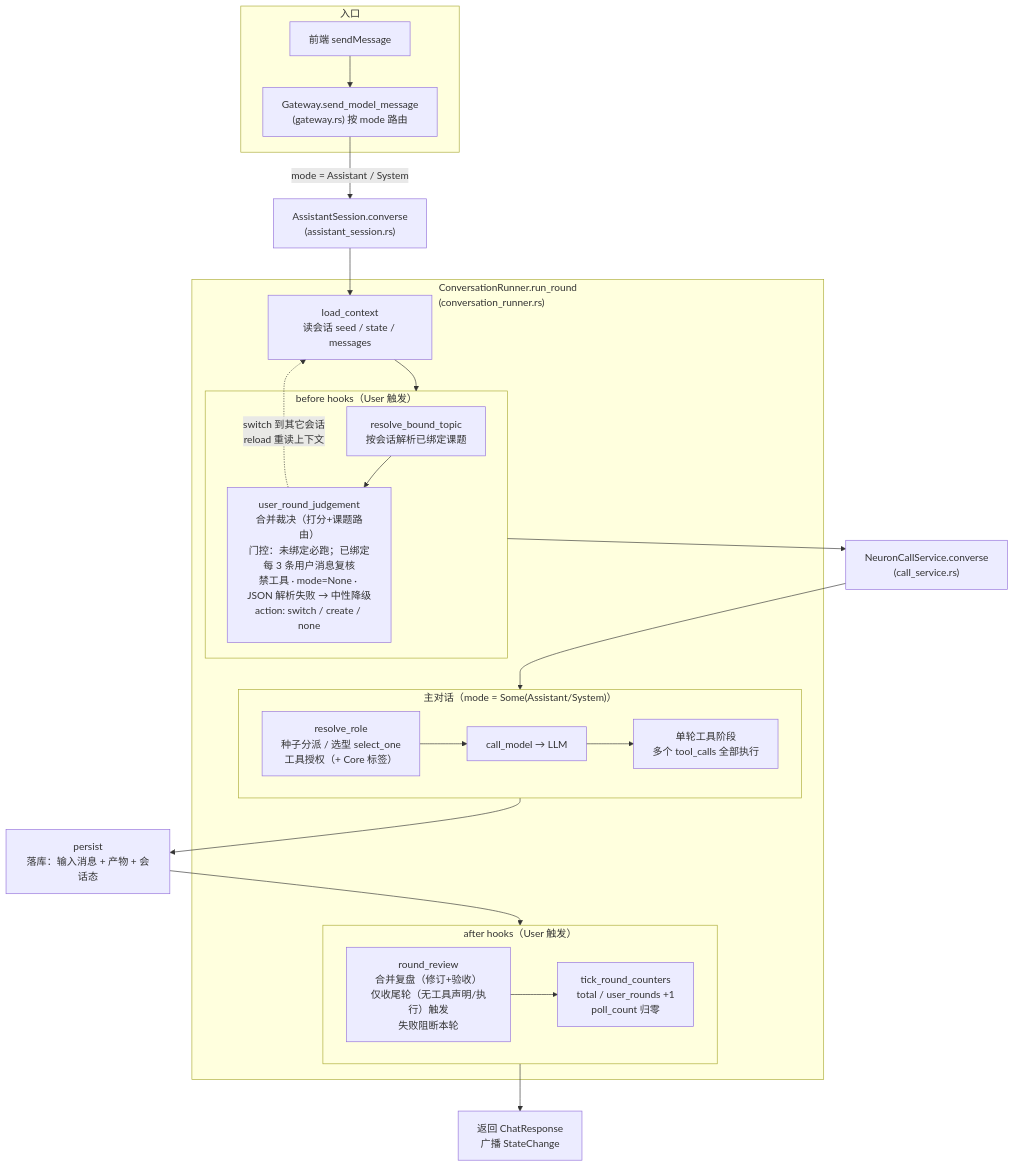
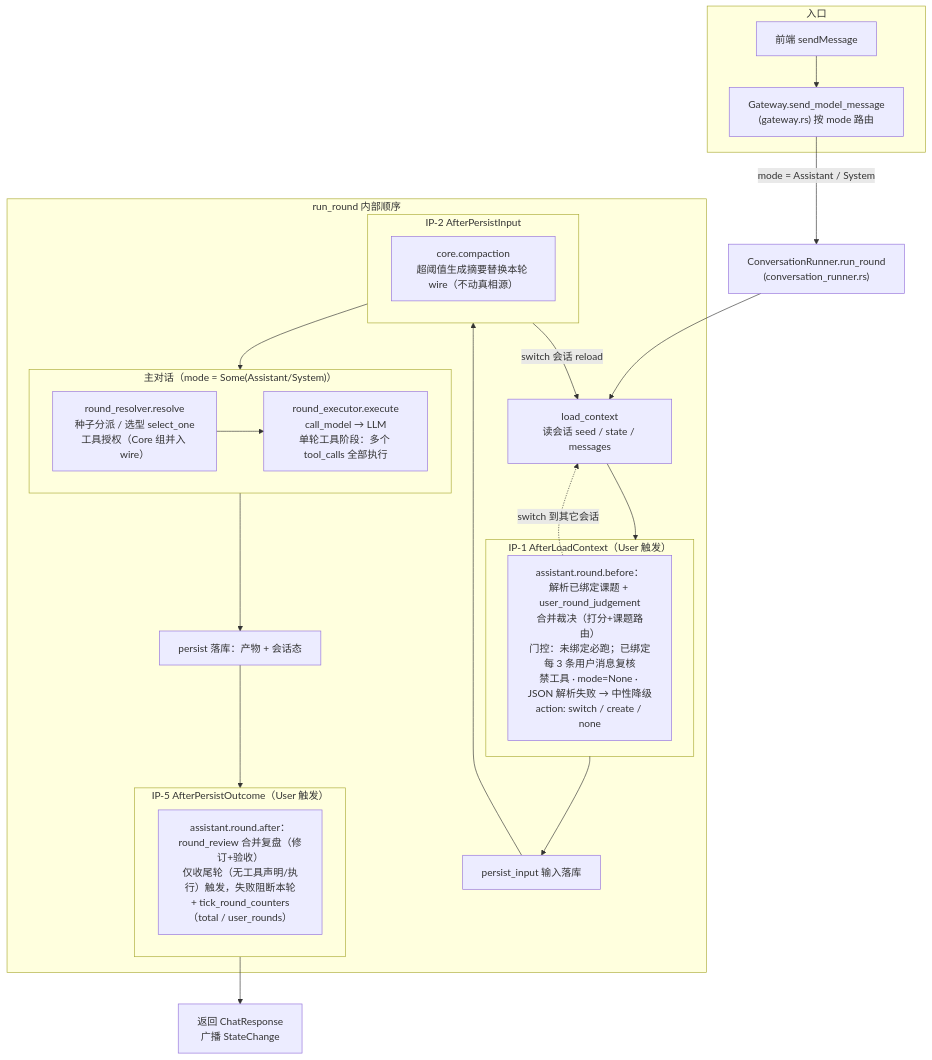
Before and after one commit to luoanb/new-start: the fourth of 5 diagrams in docs/pulsar/architecture.md, drawn with Mermaid. The commit also changed other lines of this file and 5 other files, not shown here.

````diff
--- a/docs/pulsar/architecture.md
+++ b/docs/pulsar/architecture.md
@@ -264,32 +406,31 @@
 ```mermaid
 flowchart TB
   subgraph ent["入口"]
     UI["前端 sendMessage"] --> GW["Gateway.send_model_message<br/>(gateway.rs) 按 mode 路由"]
   end
-  GW -->|"mode = Assistant / System"| CONV["AssistantSession.converse<br/>(assistant_session.rs)"]
+  GW -->|"mode = Assistant / System"| RUNNER["ConversationRunner.run_round<br/>(conversation_runner.rs)"]
 
-  subgraph runner["ConversationRunner.run_round<br/>(conversation_runner.rs)"]
+  subgraph runner["run_round 内部顺序"]
     LC["load_context<br/>读会话 seed / state / messages"]
-
-    subgraph before["before hooks（User 触发）"]
-      RBT["resolve_bound_topic<br/>按会话解析已绑定课题"] --> URJ["user_round_judgement<br/>合并裁决（打分+课题路由）<br/>门控：未绑定必跑；已绑定每 3 条用户消息复核<br/>禁工具 · mode=None · JSON 解析失败 → 中性降级<br/>action: switch / create / none"]
+    subgraph ip1["IP-1 AfterLoadContext（User 触发）"]
+      RBT["assistant.round.before：<br/>解析已绑定课题 + user_round_judgement<br/>合并裁决（打分+课题路由）<br/>门控：未绑定必跑；已绑定每 3 条用户消息复核<br/>禁工具 · mode=None · JSON 解析失败 → 中性降级<br/>action: switch / create / none"]
     end
-
-    subgraph core["主对话（mode = Some(Assistant/System)）"]
-      RR["resolve_role<br/>种子分派 / 选型 select_one<br/>工具授权（+ Core 标签）"] --> MC["call_model → LLM"] --> TC["单轮工具阶段<br/>多个 tool_calls 全部执行"]
+    PI["persist_input 输入落库"]
+    subgraph ip2["IP-2 AfterPersistInput"]
+      CMP["core.compaction<br/>超阈值生成摘要替换本轮 wire（不动真相源）"]
     end
-
-    subgraph after["after hooks（User 触发）"]
-      CMP["round_review<br/>合并复盘（修订+验收）<br/>仅收尾轮（无工具声明/执行）触发<br/>失败阻断本轮"] --> TCK["tick_round_counters<br/>total / user_rounds +1<br/>poll_count 归零"]
+    subgraph coreph["主对话（mode = Some(Assistant/System)）"]
+      RR["round_resolver.resolve<br/>种子分派 / 选型 select_one<br/>工具授权（Core 组并入 wire）"] --> EX["round_executor.execute<br/>call_model → LLM<br/>单轮工具阶段：多个 tool_calls 全部执行"]
+    end
+    PO["persist 落库：产物 + 会话态"]
+    subgraph ip5["IP-5 AfterPersistOutcome（User 触发）"]
+      AH["assistant.round.after：<br/>round_review 合并复盘（修订+验收）<br/>仅收尾轮（无工具声明/执行）触发，失败阻断本轮<br/>+ tick_round_counters（total / user_rounds）"]
     end
   end
 
-  CONV --> LC
-  LC --> before
-  before --> CS["NeuronCallService.converse<br/>(call_service.rs)"]
-  CS --> core
-  core --> PER["persist<br/>落库：输入消息 + 产物 + 会话态"]
-  PER --> after
-  after --> RES["返回 ChatResponse<br/>广播 StateChange"]
-  URJ -.->|"switch 到其它会话<br/>reload 重读上下文"| LC
+  RUNNER --> LC --> ip1 --> PI --> ip2
+  ip2 -->|"switch 会话 reload"| LC
+  ip2 --> coreph --> PO --> ip5
+  ip5 --> RES["返回 ChatResponse<br/>广播 StateChange"]
+  RBT -.->|"switch 到其它会话"| LC
 ```
````
